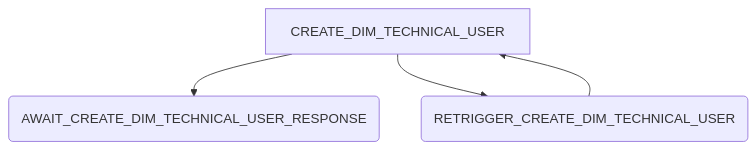
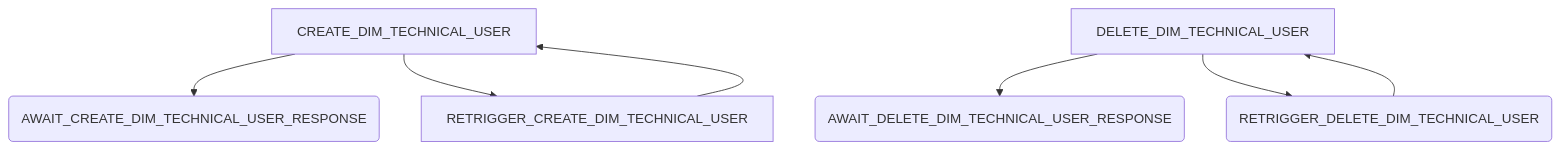
Before and after one commit to eclipse-tractusx/portal-assets: the diagram in docs/developer/09. Process Workers/02. dim_user_creation.md, drawn with Mermaid. The commit also changed other lines of this file and 9 other files, not shown here.

````diff
--- a/docs/developer/09. Process Workers/02. dim_user_creation.md
+++ b/docs/developer/09. Process Workers/02. dim_user_creation.md
@@ -7,9 +7,16 @@
 ```mermaid
 flowchart TD
     A[CREATE_DIM_TECHNICAL_USER]
     B(AWAIT_CREATE_DIM_TECHNICAL_USER_RESPONSE)
-    C(RETRIGGER_CREATE_DIM_TECHNICAL_USER)
+    C[RETRIGGER_CREATE_DIM_TECHNICAL_USER]
     A --> B
     A --> C
     C --> A
+
+    D[DELETE_DIM_TECHNICAL_USER]
+    E(AWAIT_DELETE_DIM_TECHNICAL_USER_RESPONSE)
+    F(RETRIGGER_DELETE_DIM_TECHNICAL_USER)
+    D --> E
+    D --> F
+    F --> D
 ```
````
